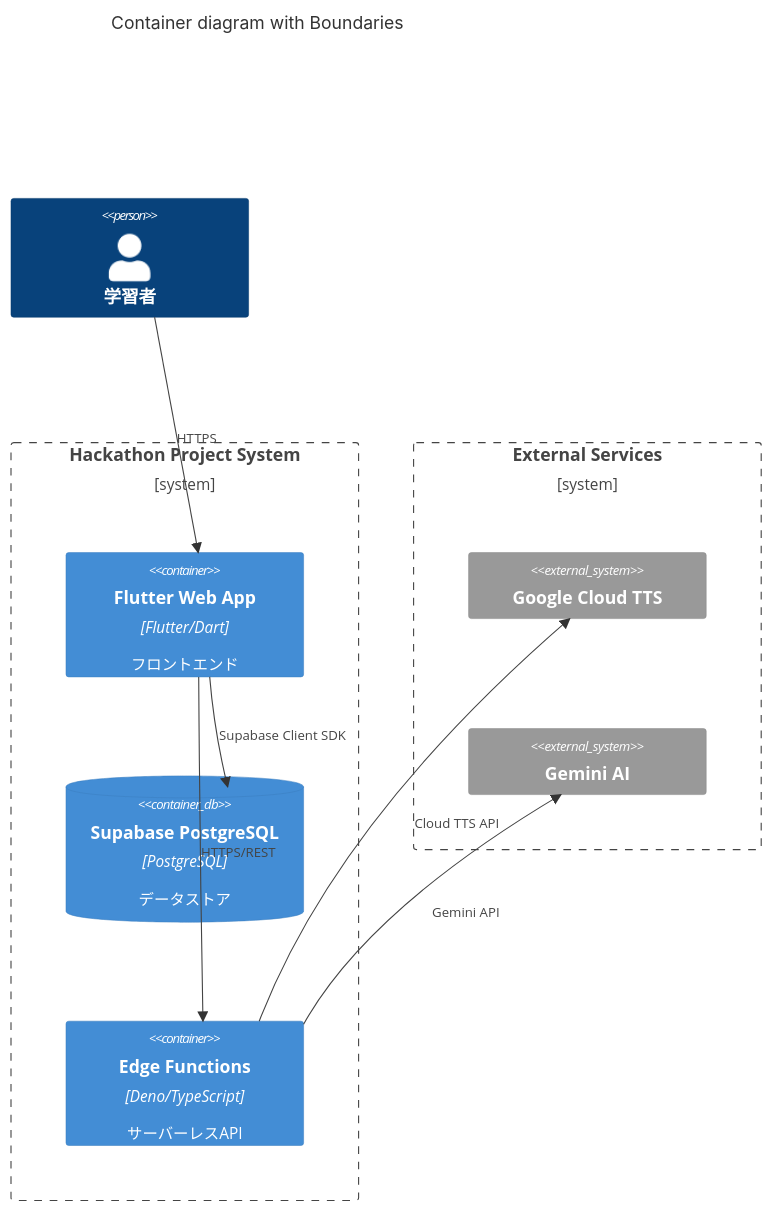
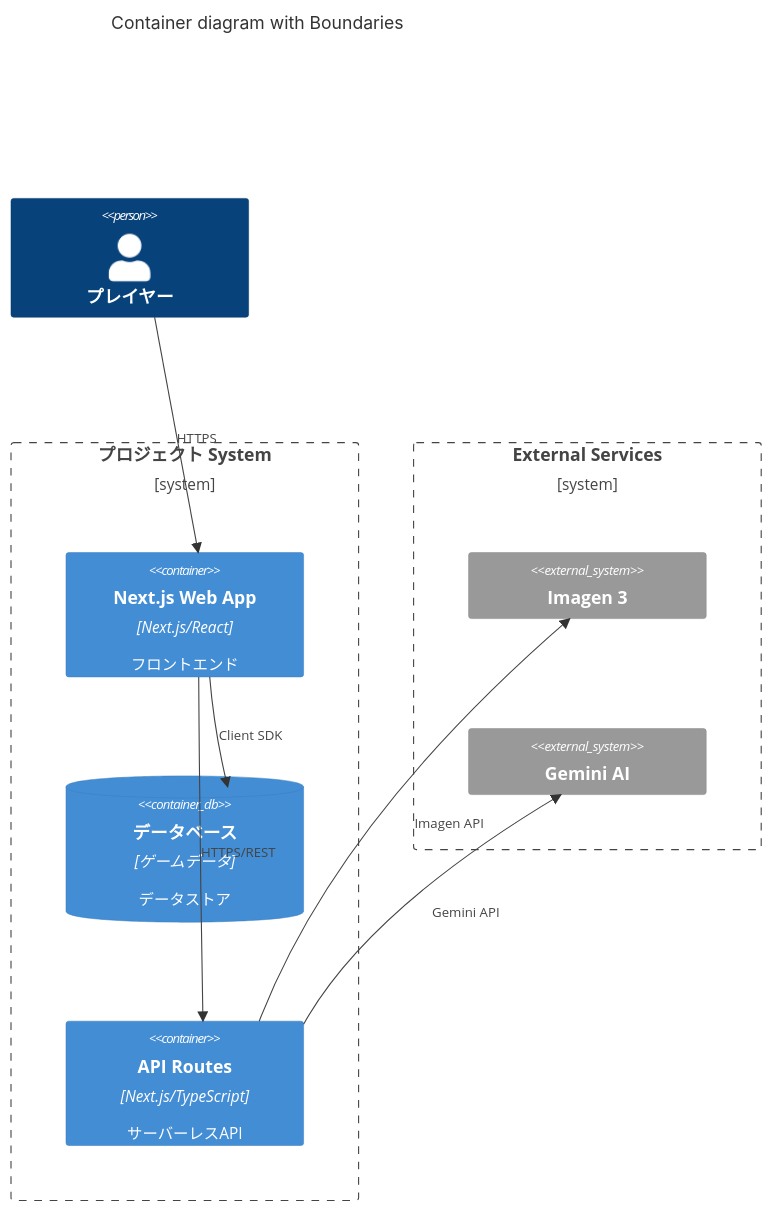
Before and after one commit to buddypia/kaiju-voice: the seventh of 9 diagrams in .claude/skills/system-designer/references/mermaid-c4-patterns.md, drawn with Mermaid. The commit also changed other lines of this file and 353 other files, not shown here.

Commit message:
chore: clean up legacy project references and rename to Hackathon Project

````diff
--- a/.claude/skills/system-designer/references/mermaid-c4-patterns.md
+++ b/.claude/skills/system-designer/references/mermaid-c4-patterns.md
@@ -208,23 +208,23 @@
 ```mermaid
 C4Container
   title Container diagram with Boundaries
 
-  Person(learner, "学習者")
+  Person(player, "プレイヤー")
 
-  Boundary(b0, "Hackathon Project System") {
-    Container(webapp, "Flutter Web App", "Flutter/Dart", "フロントエンド")
-    ContainerDb(db, "Supabase PostgreSQL", "PostgreSQL", "データストア")
-    Container(edgeFn, "Edge Functions", "Deno/TypeScript", "サーバーレスAPI")
+  Boundary(b0, "プロジェクト System") {
+    Container(webapp, "Next.js Web App", "Next.js/React", "フロントエンド")
+    ContainerDb(db, "データベース", "ゲームデータ", "データストア")
+    Container(apiRoutes, "API Routes", "Next.js/TypeScript", "サーバーレスAPI")
   }
 
   Boundary(b1, "External Services") {
-    System_Ext(googleTTS, "Google Cloud TTS")
+    System_Ext(imagen3, "Imagen 3")
     System_Ext(geminiAI, "Gemini AI")
   }
 
-  Rel(learner, webapp, "HTTPS")
-  Rel(webapp, db, "Supabase Client SDK")
-  Rel(webapp, edgeFn, "HTTPS/REST")
-  Rel(edgeFn, geminiAI, "Gemini API")
-  Rel(edgeFn, googleTTS, "Cloud TTS API")
+  Rel(player, webapp, "HTTPS")
+  Rel(webapp, db, "Client SDK")
+  Rel(webapp, apiRoutes, "HTTPS/REST")
+  Rel(apiRoutes, geminiAI, "Gemini API")
+  Rel(apiRoutes, imagen3, "Imagen API")
 ```
````
